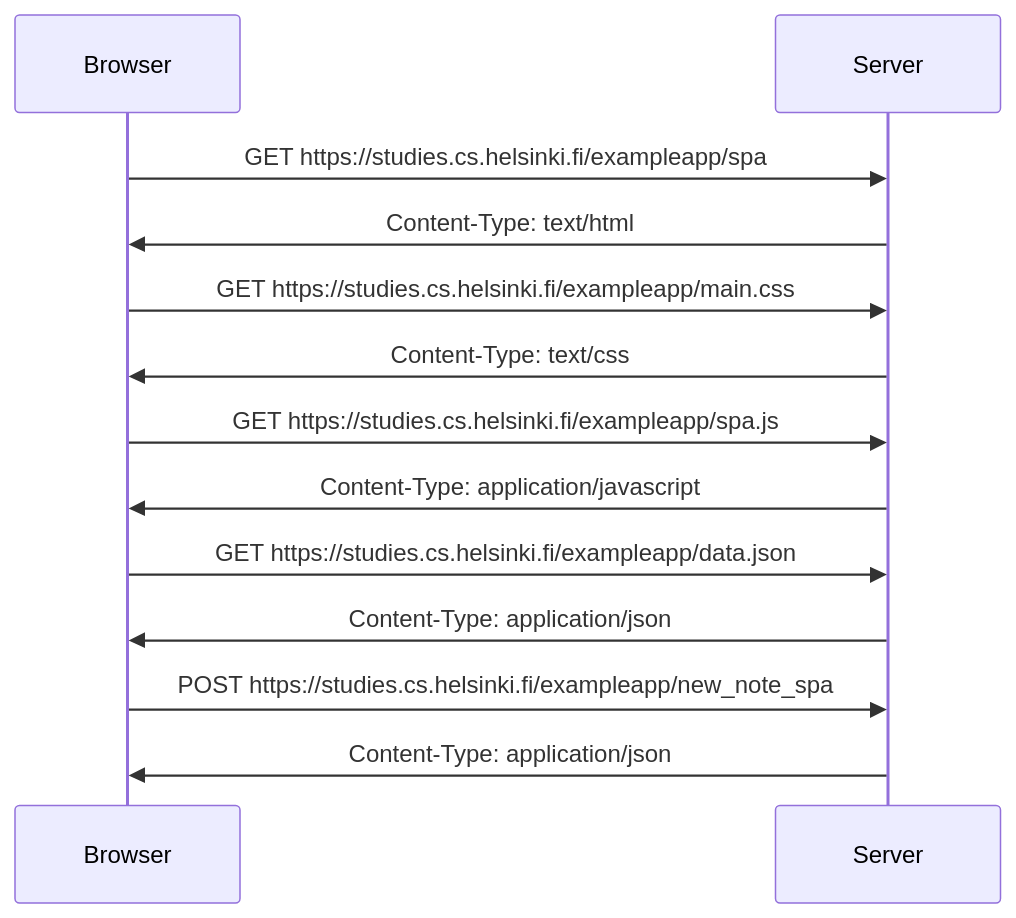
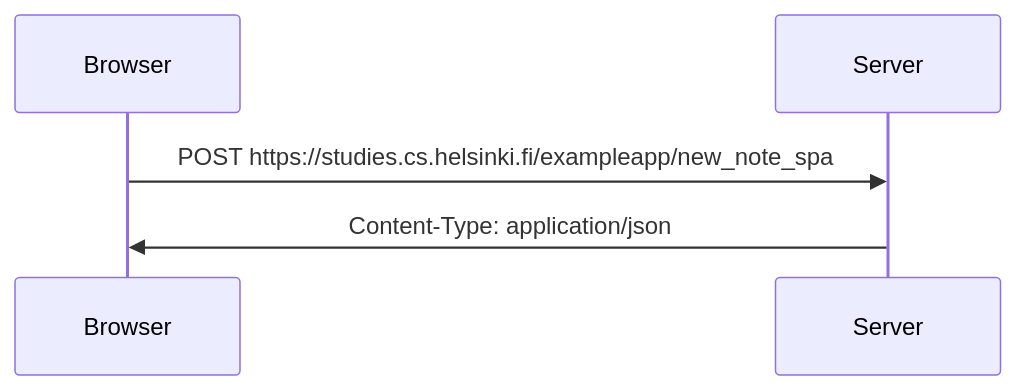
The diagram in part 0/exercise6.md (PitsMB/full-stack-open), drawn with Mermaid before and after one commit. The commit also changed 1 other file, not shown here.

Commit message:
update exercises for part 0

````diff
--- a/part 0/exercise6.md
+++ b/part 0/exercise6.md
@@ -1,15 +1,7 @@
 ```mermaid
 sequenceDiagram
     participant Browser
     participant Server
-    Browser->>Server: GET https://studies.cs.helsinki.fi/exampleapp/spa
-    Server->>Browser: Content-Type: text/html
-    Browser->>Server: GET https://studies.cs.helsinki.fi/exampleapp/main.css
-    Server->>Browser: Content-Type: text/css
-    Browser->>Server: GET https://studies.cs.helsinki.fi/exampleapp/spa.js
-    Server->>Browser: Content-Type: application/javascript
-    Browser->>Server: GET https://studies.cs.helsinki.fi/exampleapp/data.json
-    Server->>Browser: Content-Type: application/json
     Browser->>Server: POST https://studies.cs.helsinki.fi/exampleapp/new_note_spa
     Server->>Browser: Content-Type: application/json
 ```
````
